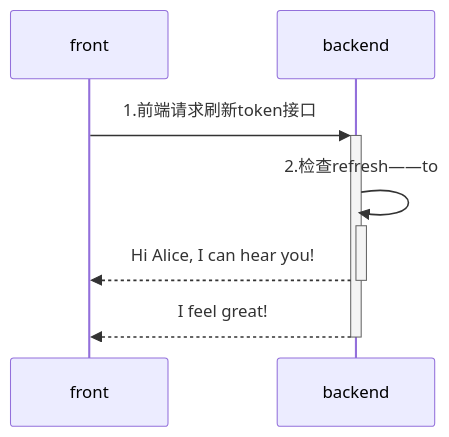
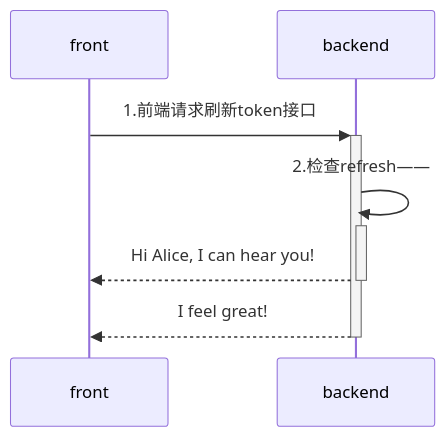
One commit to yingjianzh/iodraw-files changed the diagram in all/未命名-4.md. Above: the diagram before and after it, drawn with Mermaid.

Commit message:
2024-08-02 17:41:00 update

````diff
--- a/all/未命名-4.md
+++ b/all/未命名-4.md
@@ -1,8 +1,8 @@
 ```mermaid
 sequenceDiagram
     front->>+backend: 1.前端请求刷新token接口
-    backend->>+backend: 2.检查refresh——to
+    backend->>+backend: 2.检查refresh——
     backend-->>-front: Hi Alice, I can hear you!
     backend-->>-front: I feel great!
             
 ```
````
